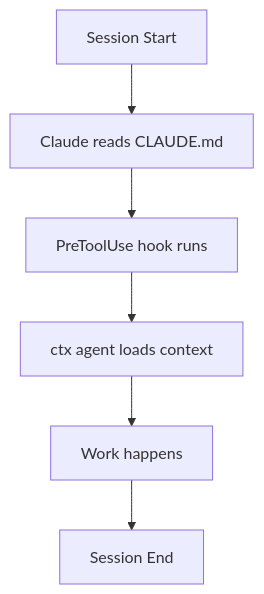
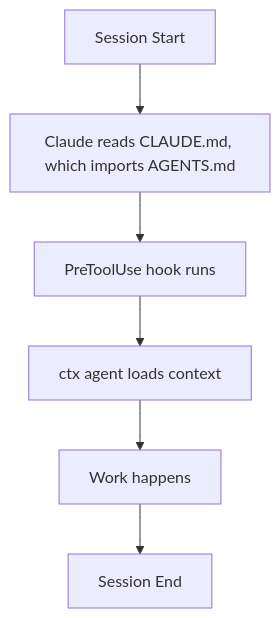
The first of 2 diagrams in docs/operations/integrations.md (ActiveMemory/ctx), drawn with Mermaid before and after one commit. The commit also changed other lines of this file and 28 other files, not shown here.

````diff
--- a/docs/operations/integrations.md
+++ b/docs/operations/integrations.md
@@ -70,8 +71,8 @@
 ```mermaid
 graph TD
-    A[Session Start] --> B[Claude reads CLAUDE.md]
+    A[Session Start] --> B[Claude reads CLAUDE.md, which imports AGENTS.md]
     B --> C[PreToolUse hook runs]
     C --> D[ctx agent loads context]
     D --> E[Work happens]
     E --> F[Session End]
 ```
````
